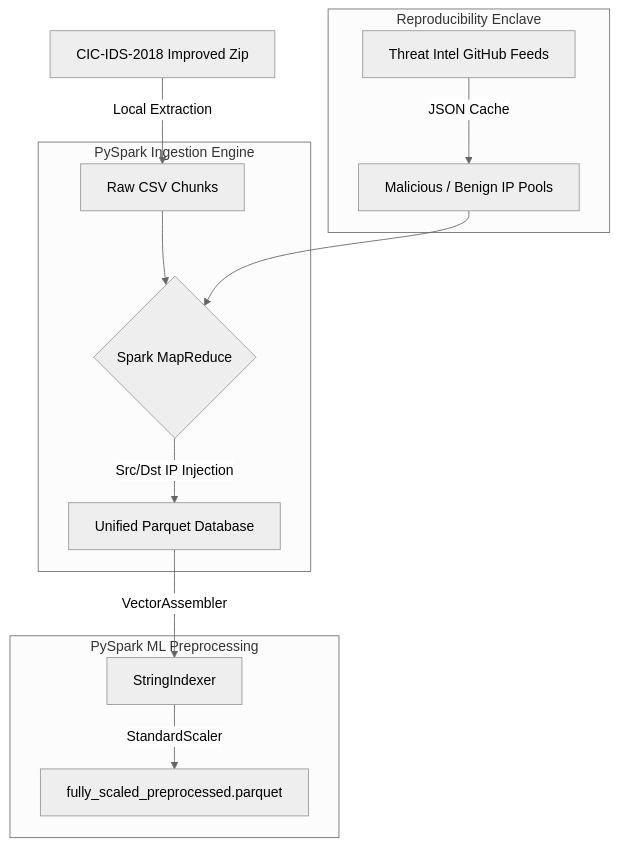
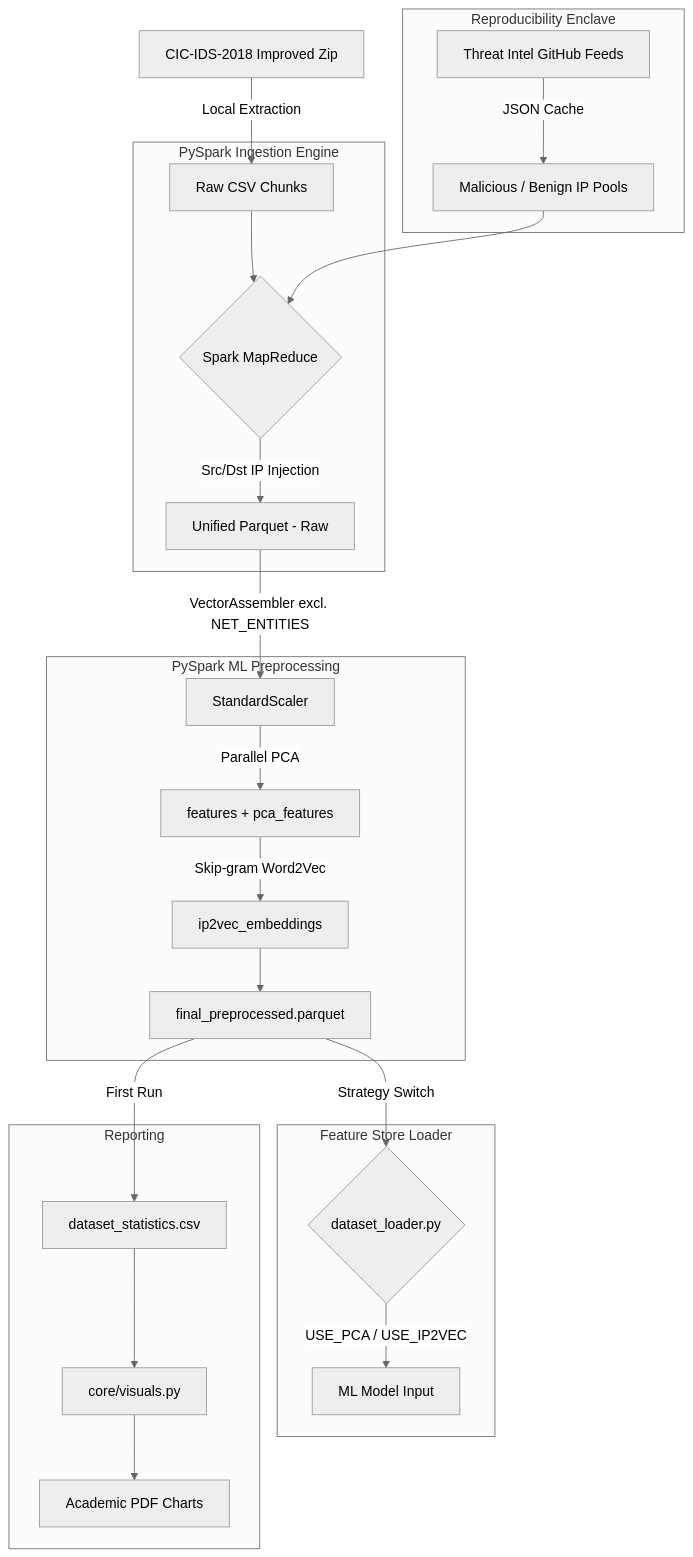
The diagram in README.md (devedale/synth-cic-ids-2018), drawn with Mermaid (neutral theme) before and after one commit. The commit also changed other lines of this file and 5 other files, not shown here.

Commit message:
feat: add ip2vec skip-gram module, visuals engine, Src Region IANA lookup, and token prefixing

````diff
--- a/README.md
+++ b/README.md
@@ -18,19 +18,32 @@
 ```mermaid
 graph TD
     A[CIC-IDS-2018 Improved Zip] -->|Local Extraction| B[Raw CSV Chunks]
     
     subgraph Reproducibility Enclave
     T[Threat Intel GitHub Feeds] -->|JSON Cache| C[Malicious / Benign IP Pools]
     end
     
     subgraph PySpark Ingestion Engine
     B --> D{Spark MapReduce}
     C --> D
-    D -->|Src/Dst IP Injection| E[Unified Parquet Database]
+    D -->|Src/Dst IP Injection| E[Unified Parquet - Raw]
     end
     
     subgraph PySpark ML Preprocessing
-    E -->|VectorAssembler| F[StringIndexer]
-    F -->|StandardScaler| G[fully_scaled_preprocessed.parquet]
+    E -->|VectorAssembler excl. NET_ENTITIES| F[StandardScaler]
+    F -->|Parallel PCA| G[features + pca_features]
+    G -->|Skip-gram Word2Vec| H[ip2vec_embeddings]
+    H --> I[final_preprocessed.parquet]
+    end
+    
+    subgraph Feature Store Loader
+    I -->|Strategy Switch| J{dataset_loader.py}
+    J -->|USE_PCA / USE_IP2VEC| K[ML Model Input]
+    end
+    
+    subgraph Reporting
+    I -->|First Run| L[dataset_statistics.csv]
+    L --> M[core/visuals.py]
+    M --> N[Academic PDF Charts]
     end
 ```
````
